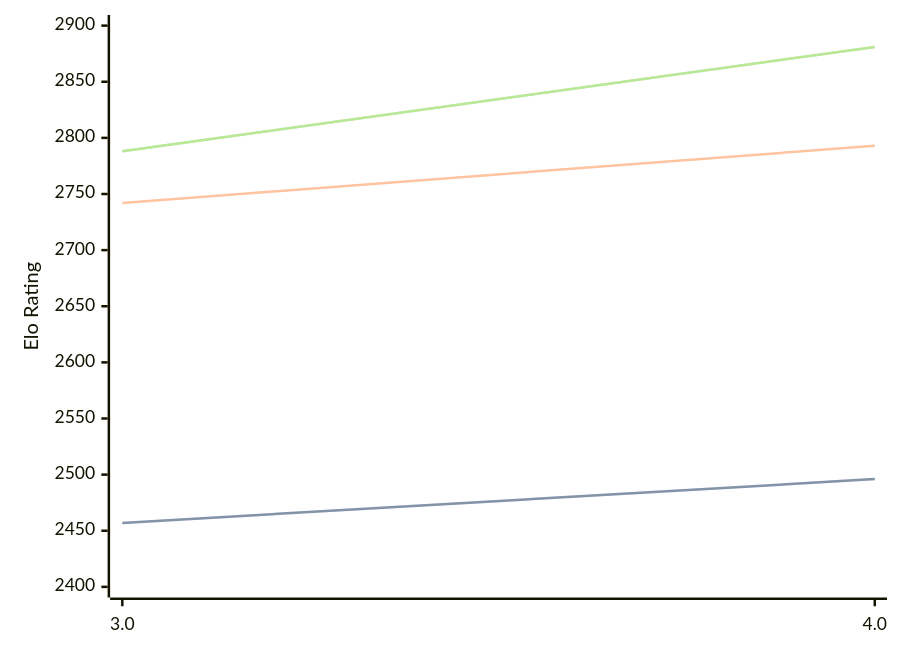
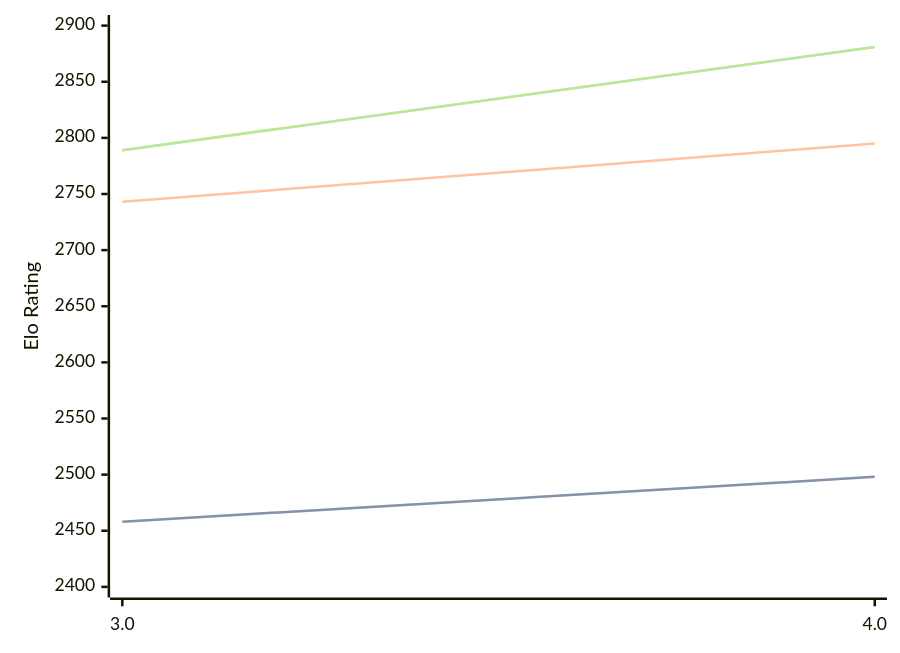
Before and after one commit to computer-chess-index/cci: the diagram in engines/Chess3.md, drawn with Mermaid. The commit also changed other lines of this file, not shown here.

Commit message:
Update CCI Ratings (ELO VLTC) - 2026-07-23

````diff
--- a/engines/Chess3.md
+++ b/engines/Chess3.md
@@ -34,11 +34,11 @@
 ```mermaid
 %%{init: {"theme":"base","themeVariables":{"seriesColors:['#a3a3a3','#222221','#faa371']}}}%%
 xychart-beta
   x-axis ["3.0", "4.0"]
   y-axis "Elo Rating" 2400 --> 2900
-  line "STC (8.0+0.08s)" [2457, 2496]
-  line "STC (8.0+0.08s)" [2457, 2496]
-  line "LTC (60.0+0.60s)" [2742, 2793]
-  line "VLTC (2m24s+1.12s)" [2788, 2881]
-  line "VLTC (2m24s+1.12s)" [2788, 2881]
+  line "STC (8.0+0.08s)" [2458, 2498]
+  line "STC (8.0+0.08s)" [2458, 2498]
+  line "LTC (60.0+0.60s)" [2743, 2795]
+  line "VLTC (2m24s+1.12s)" [2789, 2881]
+  line "VLTC (2m24s+1.12s)" [2789, 2881]
 ```
````
